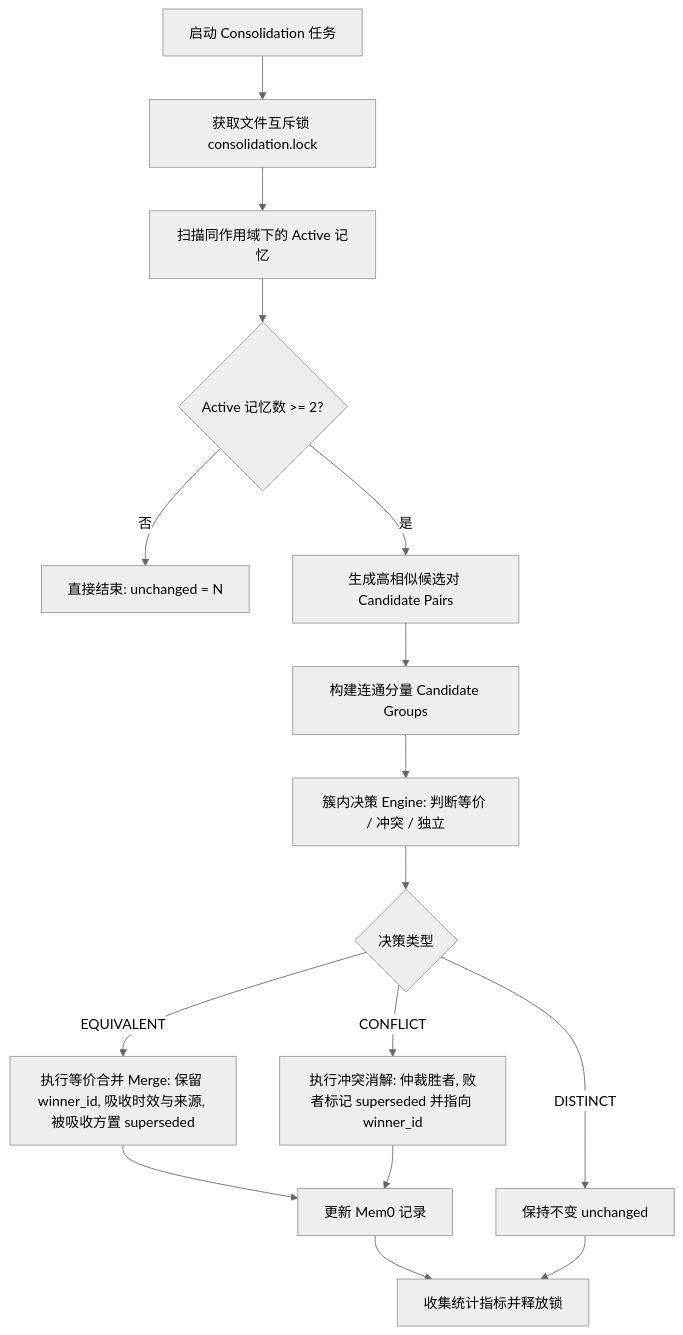
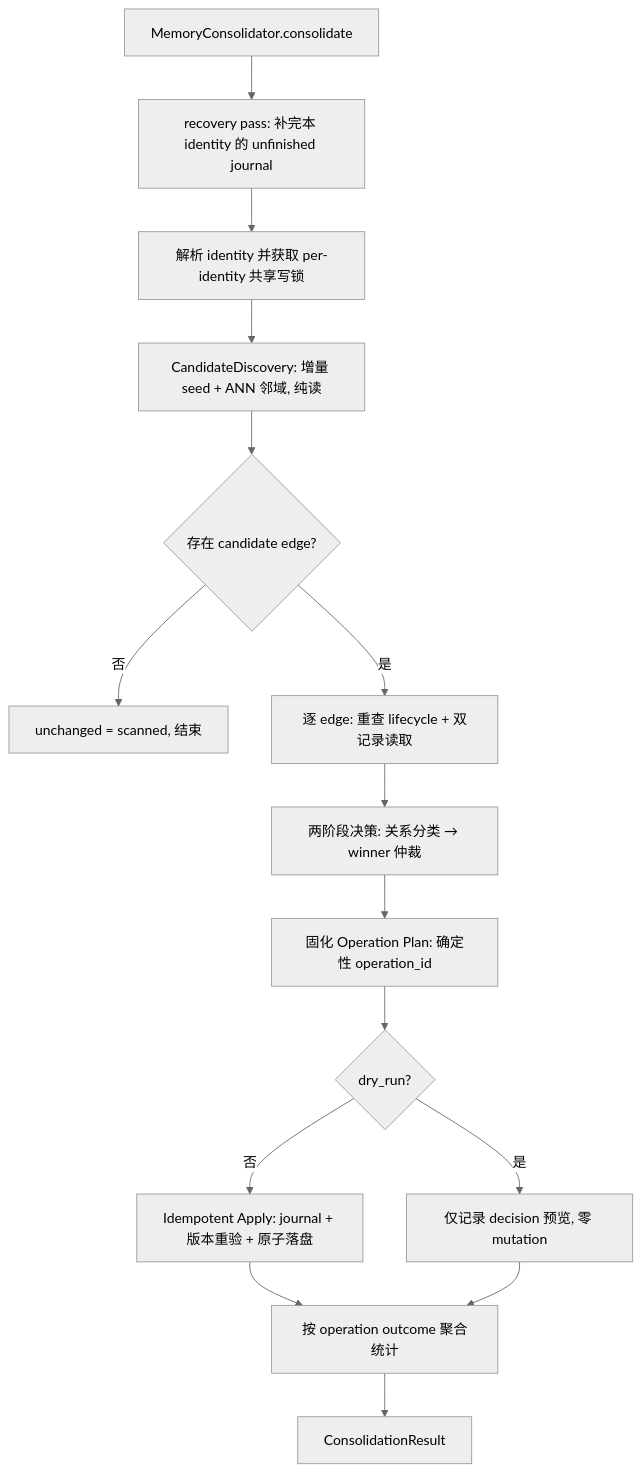
Before and after one commit to mungerism/hippo: the second of 2 diagrams in docs/cold-path-consolidation-design.md, drawn with Mermaid (neutral theme). The commit also changed other lines of this file and 1 other file, not shown here.

First line of the commit message:
docs(architecture): revise Cold Path docs to as-built state (#17)

````diff
--- a/docs/cold-path-consolidation-design.md
+++ b/docs/cold-path-consolidation-design.md
@@ -99,18 +122,17 @@
 ```mermaid
 flowchart TD
-    A[启动 Consolidation 任务] --> B[获取文件互斥锁 consolidation.lock]
-    B --> C[扫描同作用域下的 Active 记忆]
-    C --> D{Active 记忆数 >= 2?}
-    D -- 否 --> E[直接结束: unchanged = N]
-    D -- 是 --> F[生成高相似候选对 Candidate Pairs]
-    F --> G[构建连通分量 Candidate Groups]
-    G --> H[簇内决策 Engine: 判断等价 / 冲突 / 独立]
-    H --> I{决策类型}
-    I -- EQUIVALENT --> J[执行等价合并 Merge: 保留 winner_id, 吸收时效与来源, 被吸收方置 superseded]
-    I -- CONFLICT --> K[执行冲突消解: 仲裁胜者, 败者标记 superseded 并指向 winner_id]
-    I -- DISTINCT --> L[保持不变 unchanged]
-    J --> M[更新 Mem0 记录]
-    K --> M
-    M --> N[收集统计指标并释放锁]
-    L --> N
+    A[MemoryConsolidator.consolidate] --> R[recovery pass: 补完本 identity 的 unfinished journal]
+    R --> B[解析 identity 并获取 per-identity 共享写锁]
+    B --> C[CandidateDiscovery: 增量 seed + ANN 邻域, 纯读]
+    C --> D{存在 candidate edge?}
+    D -- 否 --> E[unchanged = scanned, 结束]
+    D -- 是 --> F[逐 edge: 重查 lifecycle + 双记录读取]
+    F --> G[两阶段决策: 关系分类 → winner 仲裁]
+    G --> H[固化 Operation Plan: 确定性 operation_id]
+    H --> I{dry_run?}
+    I -- 是 --> J[仅记录 decision 预览, 零 mutation]
+    I -- 否 --> K[Idempotent Apply: journal + 版本重验 + 原子落盘]
+    K --> L[按 operation outcome 聚合统计]
+    J --> L
+    L --> M[ConsolidationResult]
 ```
````
